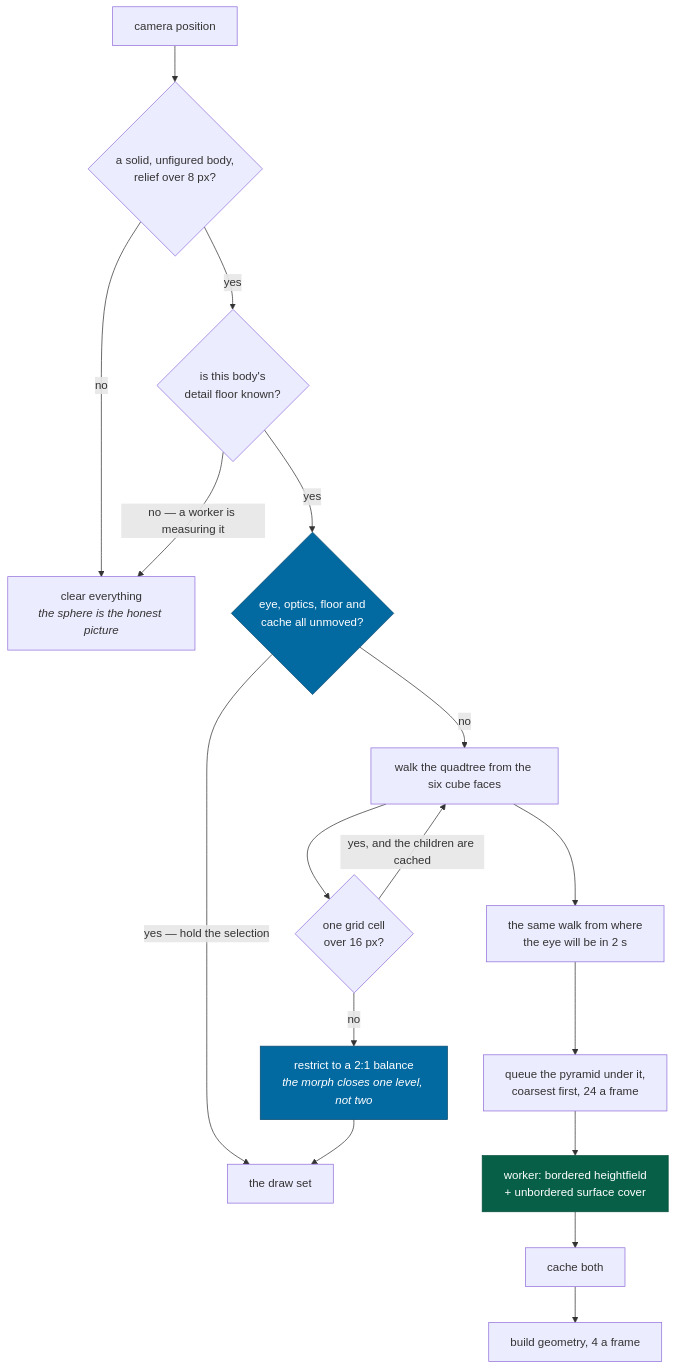
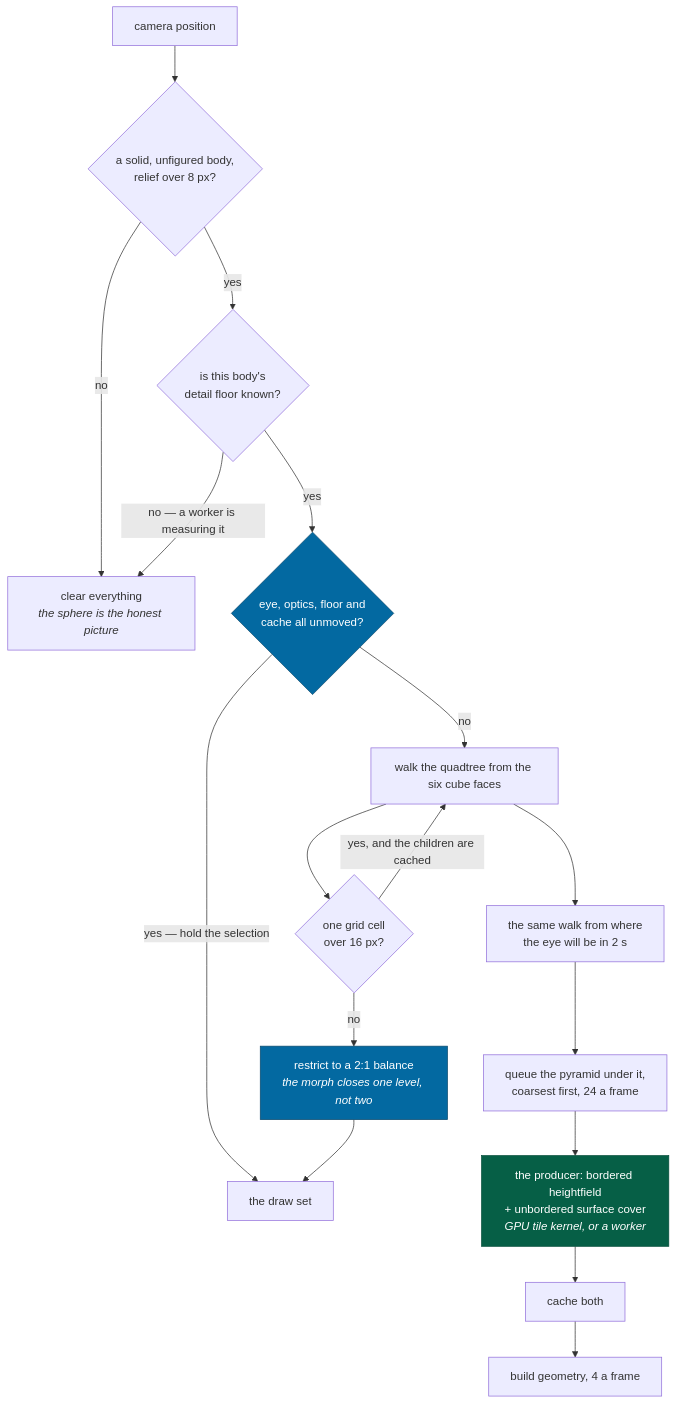
The third of 3 diagrams in docs/concepts/streaming.md (jonjaques/inertialref), drawn with Mermaid before and after one commit. The commit also changed other lines of this file and 17 other files, not shown here.

First line of the commit message:
docs: ADR-0023 records the GPU producer, and every page that named the pool as the ceiling

````diff
--- a/docs/concepts/streaming.md
+++ b/docs/concepts/streaming.md
@@ -83,23 +83,23 @@
 ```mermaid
 flowchart TB
     CAM["camera position"] --> BODY{"a solid, unfigured body,<br/>relief over 8 px?"}
     BODY -->|no| CLEAR["clear everything<br/><i>the sphere is the honest picture</i>"]
     BODY -->|yes| FLOOR{"is this body's<br/>detail floor known?"}
     FLOOR -->|"no — a worker is measuring it"| CLEAR
     FLOOR -->|yes| HELD{"eye, optics, floor and<br/>cache all unmoved?"}
     HELD -->|"yes — hold the selection"| DRAW
     HELD -->|no| WALK["walk the quadtree from the six cube faces"]
     WALK --> REFINE{"one grid cell<br/>over 16 px?"}
     REFINE -->|"yes, and the children are cached"| WALK
     REFINE -->|no| BALANCE["restrict to a 2:1 balance<br/><i>the morph closes one level, not two</i>"]
     BALANCE --> DRAW["the draw set"]
     WALK --> AHEAD["the same walk from where<br/>the eye will be in 2 s"]
     AHEAD --> QUEUE["queue the pyramid under it,<br/>coarsest first, 24 a frame"]
-    QUEUE --> JOB["worker: bordered heightfield<br/>+ unbordered surface cover"]
+    QUEUE --> JOB["the producer: bordered heightfield<br/>+ unbordered surface cover<br/><i>GPU tile kernel, or a worker</i>"]
     JOB --> CACHE["cache both"]
     CACHE --> MESH["build geometry, 4 a frame"]
 
     style JOB fill:#065f46,stroke:#064e3b,color:#fff
     style BALANCE fill:#0369a1,stroke:#0c4a6e,color:#fff
     style HELD fill:#0369a1,stroke:#0c4a6e,color:#fff
 ```
````
